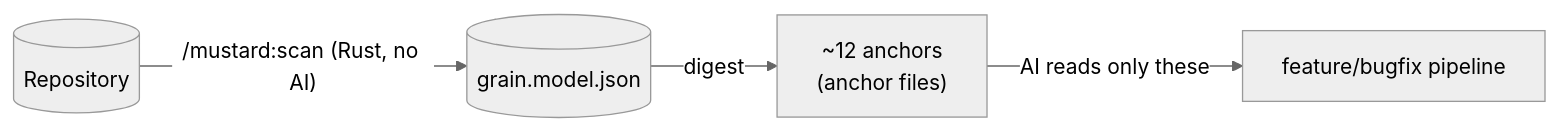
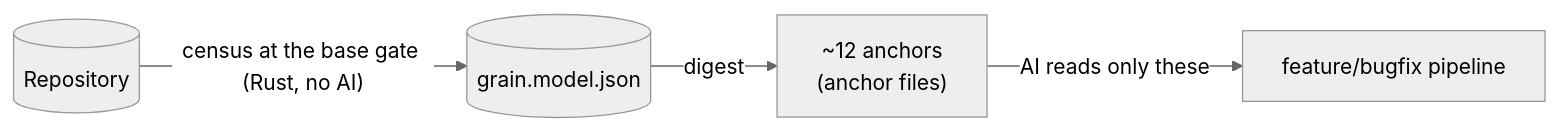
The first of 2 diagrams in README.en.md (rubensrpj/mustard), drawn with Mermaid (neutral theme) before and after one commit. The commit also changed other lines of this file and 39 other files, not shown here.

````diff
--- a/README.en.md
+++ b/README.en.md
@@ -17,6 +17,6 @@
 ```mermaid
 flowchart LR
-    repo[("Repository")] -->|"/mustard:scan (Rust, no AI)"| model[("grain.model.json")]
+    repo[("Repository")] -->|"census at the base gate (Rust, no AI)"| model[("grain.model.json")]
     model -->|digest| anchors["~12 anchors<br/>(anchor files)"]
     anchors -->|"AI reads only these"| work["feature/bugfix pipeline"]
 ```
````
